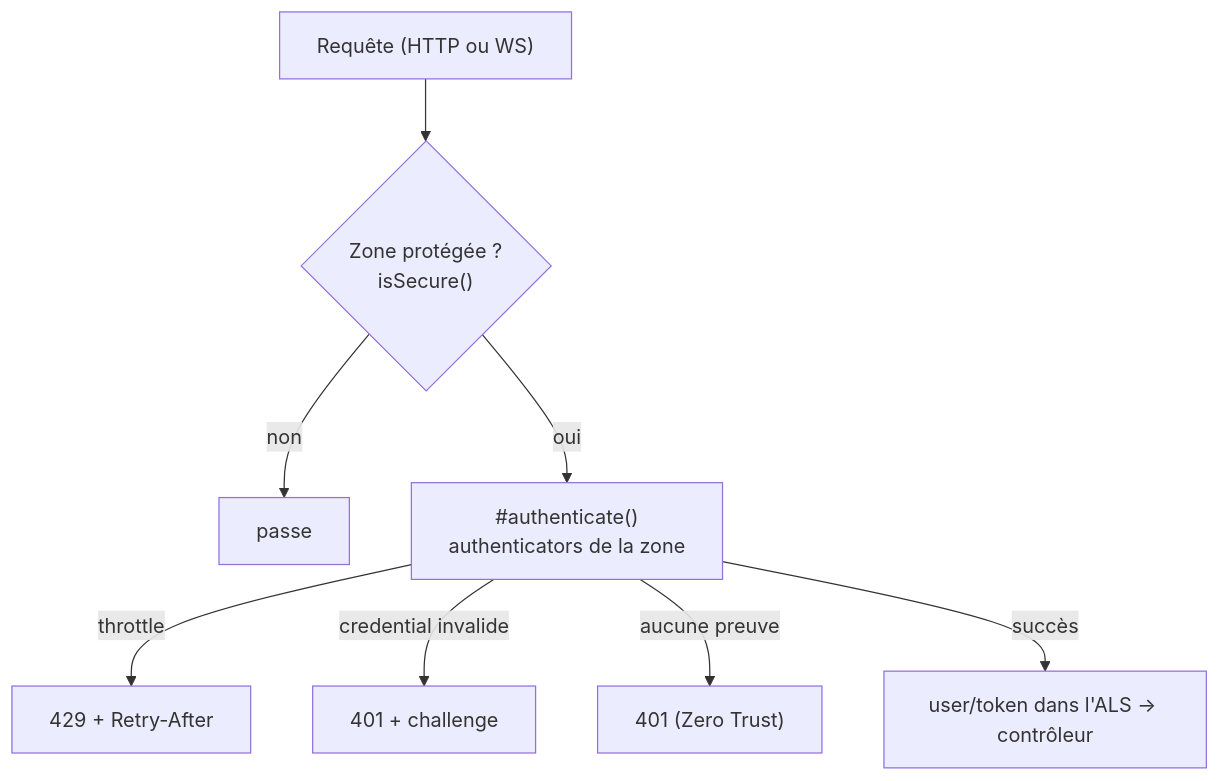
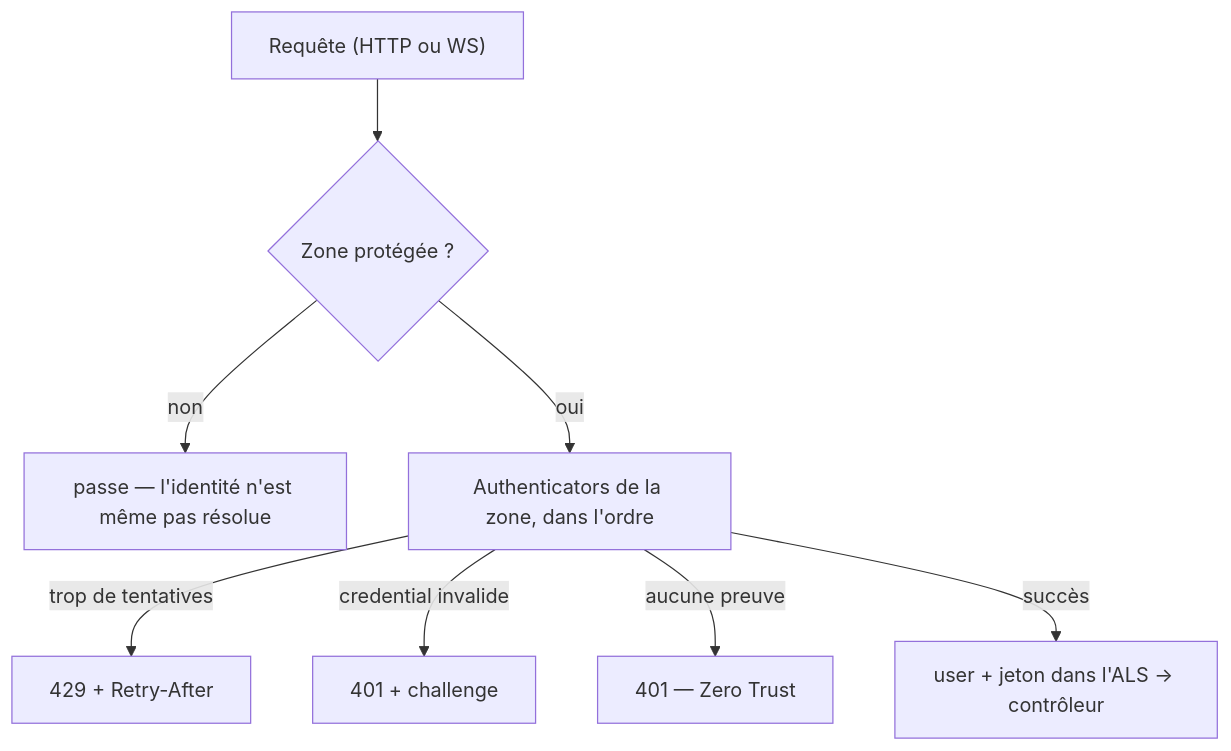
Before and after one commit to nodefony/nodefony-core: the fourth of 4 diagrams in docs/architecture/vue-ensemble.md, drawn with Mermaid. The commit also changed other lines of this file and 16 other files, not shown here.

````diff
--- a/docs/architecture/vue-ensemble.md
+++ b/docs/architecture/vue-ensemble.md
@@ -266,10 +401,10 @@
 ```mermaid
 flowchart TD
-  R["Requête (HTTP ou WS)"] --> Z{"Zone protégée ?<br/>isSecure()"}
-  Z -->|non| PASS["passe"]
-  Z -->|oui| A["#authenticate()<br/>authenticators de la zone"]
-  A -->|throttle| T429["429 + Retry-After"]
+  R["Requête (HTTP ou WS)"] --> Z{"Zone protégée ?"}
+  Z -->|non| PASS["passe — l'identité n'est même pas résolue"]
+  Z -->|oui| A["Authenticators de la zone, dans l'ordre"]
+  A -->|trop de tentatives| T429["429 + Retry-After"]
   A -->|credential invalide| E401["401 + challenge"]
-  A -->|aucune preuve| Z401["401 (Zero Trust)"]
-  A -->|succès| OK["user/token dans l'ALS → contrôleur"]
+  A -->|aucune preuve| Z401["401 — Zero Trust"]
+  A -->|succès| OK["user + jeton dans l'ALS → contrôleur"]
 ```
````
